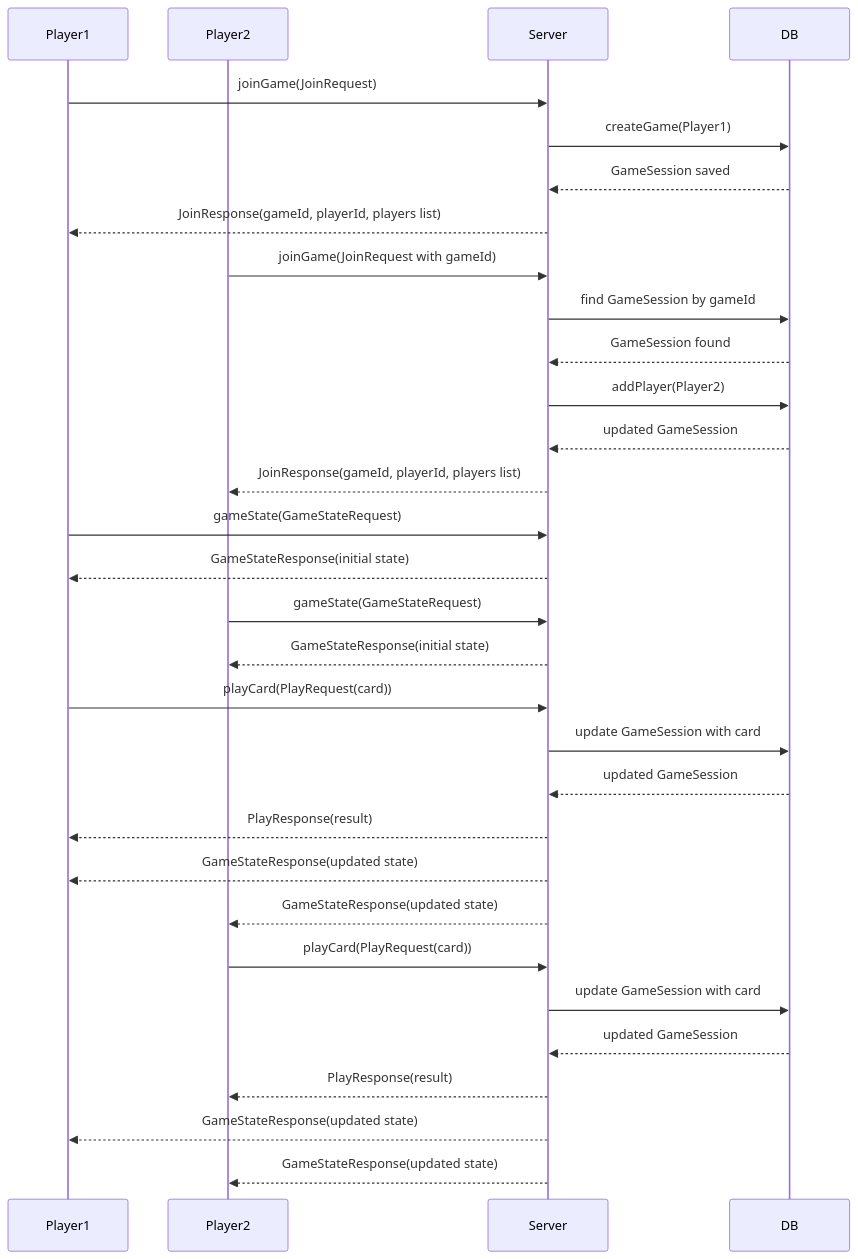
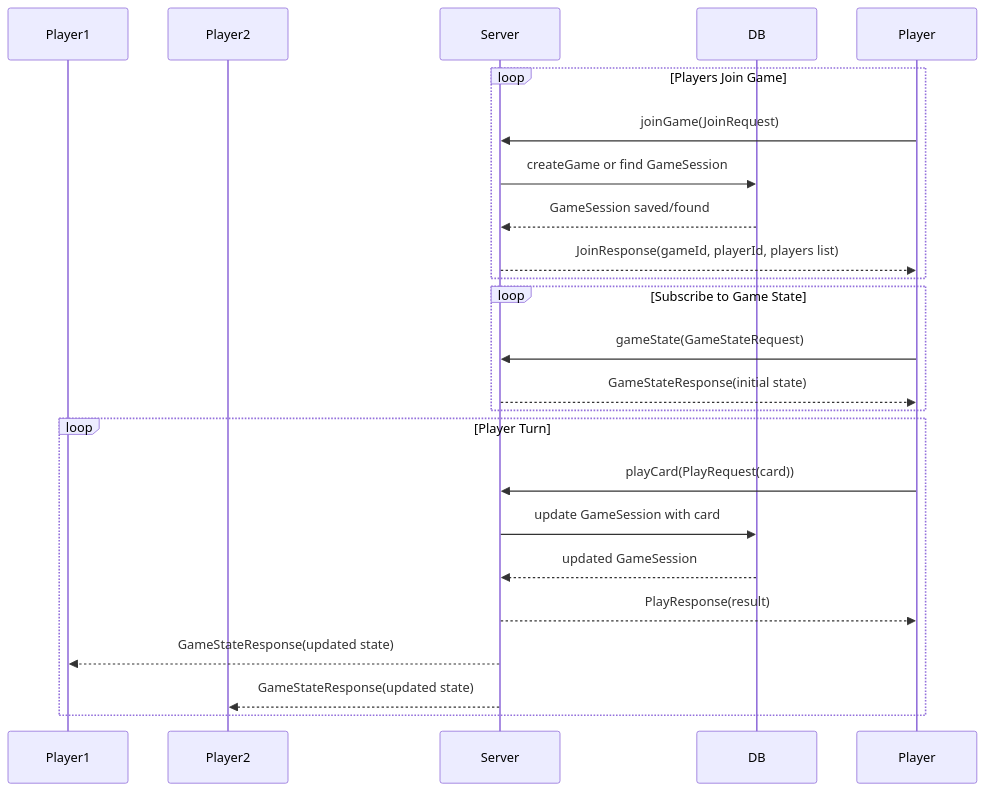
The third of 3 diagrams in uno-rpc/uno-backend/README.md (YashzAlphaGeek/FluxRPC), drawn with Mermaid before and after one commit.

Commit message:
added loop for unocard sequence diagram

````diff
--- a/uno-rpc/uno-backend/README.md
+++ b/uno-rpc/uno-backend/README.md
@@ -115,43 +115,31 @@
 ```mermaid
 sequenceDiagram
     participant Player1
     participant Player2
     participant Server
     participant DB
 
-    %% Players join game
-    Player1->>Server: joinGame(JoinRequest)
-    Server->>DB: createGame(Player1)
-    DB-->>Server: GameSession saved
-    Server-->>Player1: JoinResponse(gameId, playerId, players list)
-
-    Player2->>Server: joinGame(JoinRequest with gameId)
-    Server->>DB: find GameSession by gameId
-    DB-->>Server: GameSession found
-    Server->>DB: addPlayer(Player2)
-    DB-->>Server: updated GameSession
-    Server-->>Player2: JoinResponse(gameId, playerId, players list)
+    %% Players joining
+    loop Players Join Game
+        Player->>Server: joinGame(JoinRequest)
+        Server->>DB: createGame or find GameSession
+        DB-->>Server: GameSession saved/found
+        Server-->>Player: JoinResponse(gameId, playerId, players list)
+    end
 
     %% Players subscribe to game state
-    Player1->>Server: gameState(GameStateRequest)
-    Server-->>Player1: GameStateResponse(initial state)
-    
-    Player2->>Server: gameState(GameStateRequest)
-    Server-->>Player2: GameStateResponse(initial state)
+    loop Subscribe to Game State
+        Player->>Server: gameState(GameStateRequest)
+        Server-->>Player: GameStateResponse(initial state)
+    end
 
-    %% Player1 plays a card
-    Player1->>Server: playCard(PlayRequest(card))
-    Server->>DB: update GameSession with card
-    DB-->>Server: updated GameSession
-    Server-->>Player1: PlayResponse(result)
-    Server-->>Player1: GameStateResponse(updated state)
-    Server-->>Player2: GameStateResponse(updated state)
-
-    %% Player2 plays a card
-    Player2->>Server: playCard(PlayRequest(card))
-    Server->>DB: update GameSession with card
-    DB-->>Server: updated GameSession
-    Server-->>Player2: PlayResponse(result)
-    Server-->>Player1: GameStateResponse(updated state)
-    Server-->>Player2: GameStateResponse(updated state)
+    %% Players play cards in turns
+    loop Player Turn
+        Player->>Server: playCard(PlayRequest(card))
+        Server->>DB: update GameSession with card
+        DB-->>Server: updated GameSession
+        Server-->>Player: PlayResponse(result)
+        Server-->>Player1: GameStateResponse(updated state)
+        Server-->>Player2: GameStateResponse(updated state)
+    end
 ```
````
